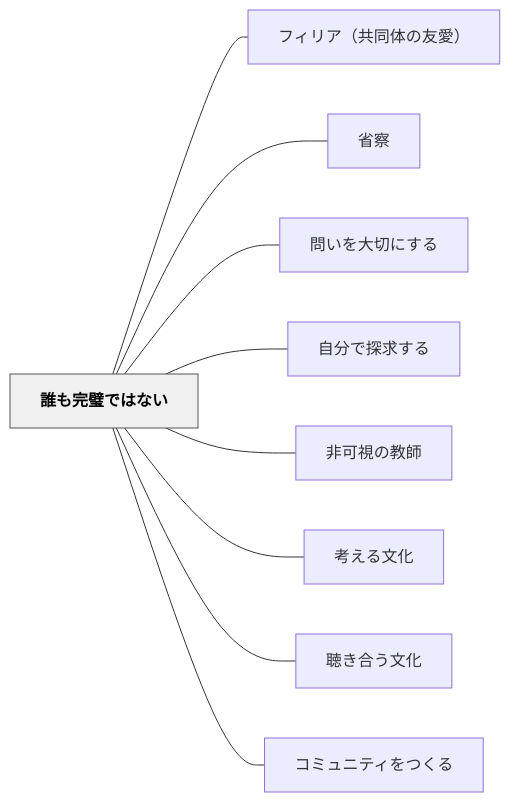
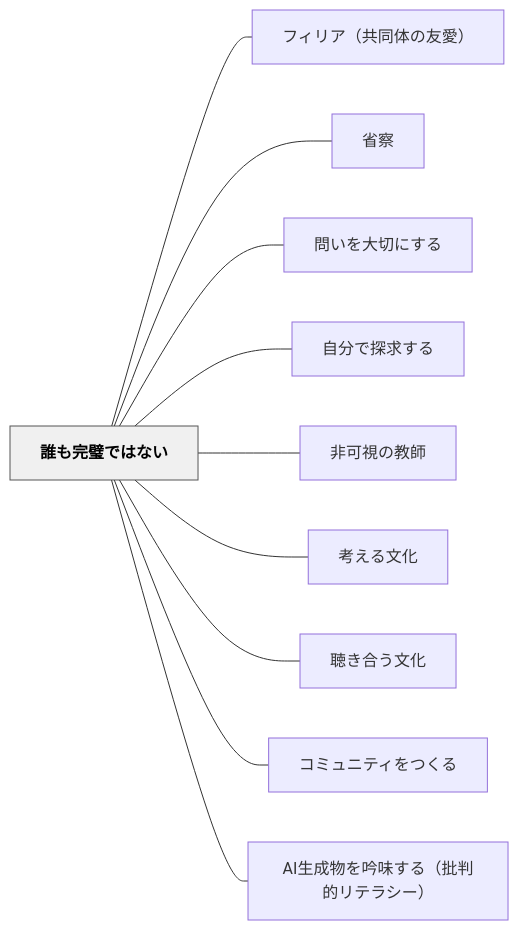
The diagram in content/パタン/誰も完璧ではない.md (unknownthings-ed-patterns/unknownthings-ed-patterns), drawn with Mermaid before and after one commit. The commit also changed other lines of this file and 20 other files, not shown here.

````diff
--- a/content/パタン/誰も完璧ではない.md
+++ b/content/パタン/誰も完璧ではない.md
@@ -88,24 +89,26 @@
 ```mermaid
 flowchart LR
     ne8aab0e38282e5ae8ce792a7e381a7e381afe381aae38184["誰も完璧ではない"]
     ne38395e382a3e383aae382a2efbc88e585b1e5908ce4bd93e381aee58f8be6849befbc89["フィリア（共同体の友愛）"]
     ne79c81e5af9f["省察"]
     ne5958fe38184e38292e5a4a7e58887e381abe38199e3828b["問いを大切にする"]
     ne887aae58886e381a7e68ea2e6b182e38199e3828b["自分で探求する"]
     ne99d9ee58fafe8a696e381aee69599e5b8ab["非可視の教師"]
     ne88083e38188e3828be69687e58c96["考える文化"]
     ne881b4e3818de59088e38186e69687e58c96["聴き合う文化"]
     ne382b3e3839fe383a5e3838be38386e382a3e38292e381a4e3818fe3828b["コミュニティをつくる"]
+    n4149e7949fe68890e789a9e38292e5909fe591b3e38199e3828befbc88e689b9e588a4e79a84e383aae38386e383a9e382b7e383bcefbc89["AI生成物を吟味する（批判的リテラシー）"]
 
     ne8aab0e38282e5ae8ce792a7e381a7e381afe381aae38184 --- ne38395e382a3e383aae382a2efbc88e585b1e5908ce4bd93e381aee58f8be6849befbc89
     ne8aab0e38282e5ae8ce792a7e381a7e381afe381aae38184 --- ne79c81e5af9f
     ne8aab0e38282e5ae8ce792a7e381a7e381afe381aae38184 --- ne5958fe38184e38292e5a4a7e58887e381abe38199e3828b
     ne8aab0e38282e5ae8ce792a7e381a7e381afe381aae38184 --- ne887aae58886e381a7e68ea2e6b182e38199e3828b
     ne8aab0e38282e5ae8ce792a7e381a7e381afe381aae38184 --- ne99d9ee58fafe8a696e381aee69599e5b8ab
     ne8aab0e38282e5ae8ce792a7e381a7e381afe381aae38184 --- ne88083e38188e3828be69687e58c96
     ne8aab0e38282e5ae8ce792a7e381a7e381afe381aae38184 --- ne881b4e3818de59088e38186e69687e58c96
     ne8aab0e38282e5ae8ce792a7e381a7e381afe381aae38184 --- ne382b3e3839fe383a5e3838be38386e382a3e38292e381a4e3818fe3828b
+    ne8aab0e38282e5ae8ce792a7e381a7e381afe381aae38184 --- n4149e7949fe68890e789a9e38292e5909fe591b3e38199e3828befbc88e689b9e588a4e79a84e383aae38386e383a9e382b7e383bcefbc89
 
     classDef hub fill:#f0f0f0,stroke:#555,color:#000,font-weight:bold
     class ne8aab0e38282e5ae8ce792a7e381a7e381afe381aae38184 hub
 ```
````
